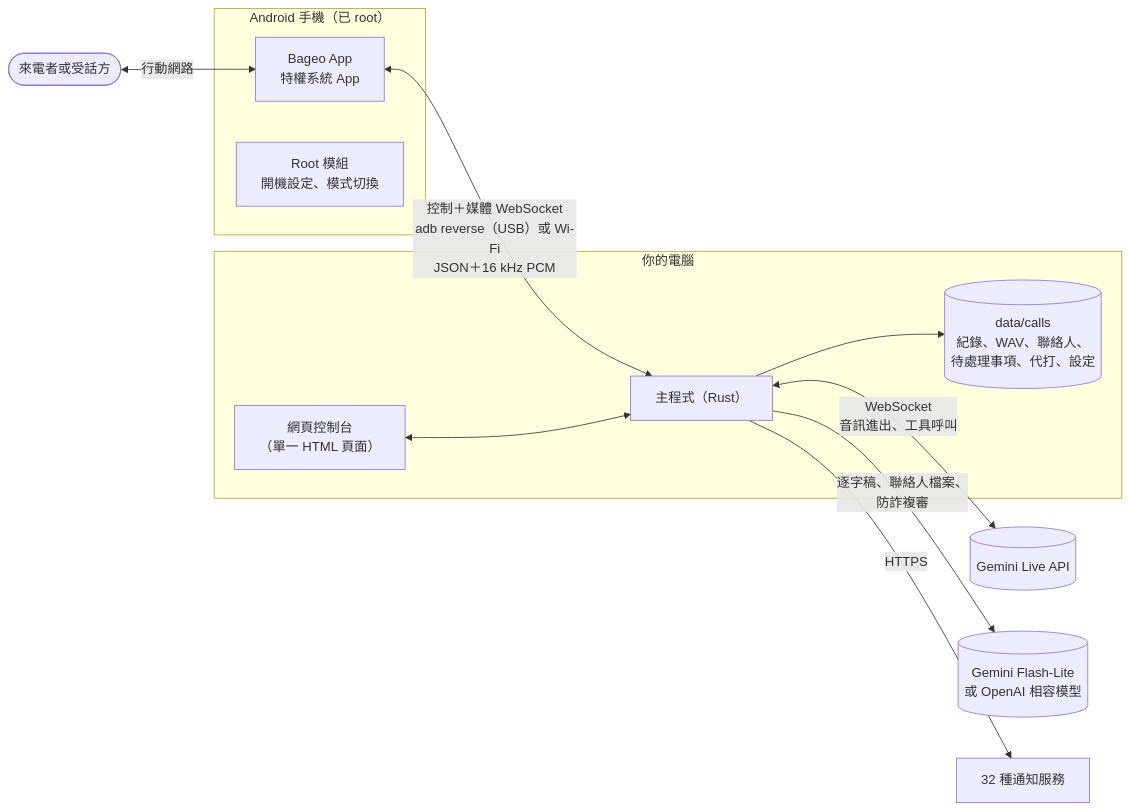
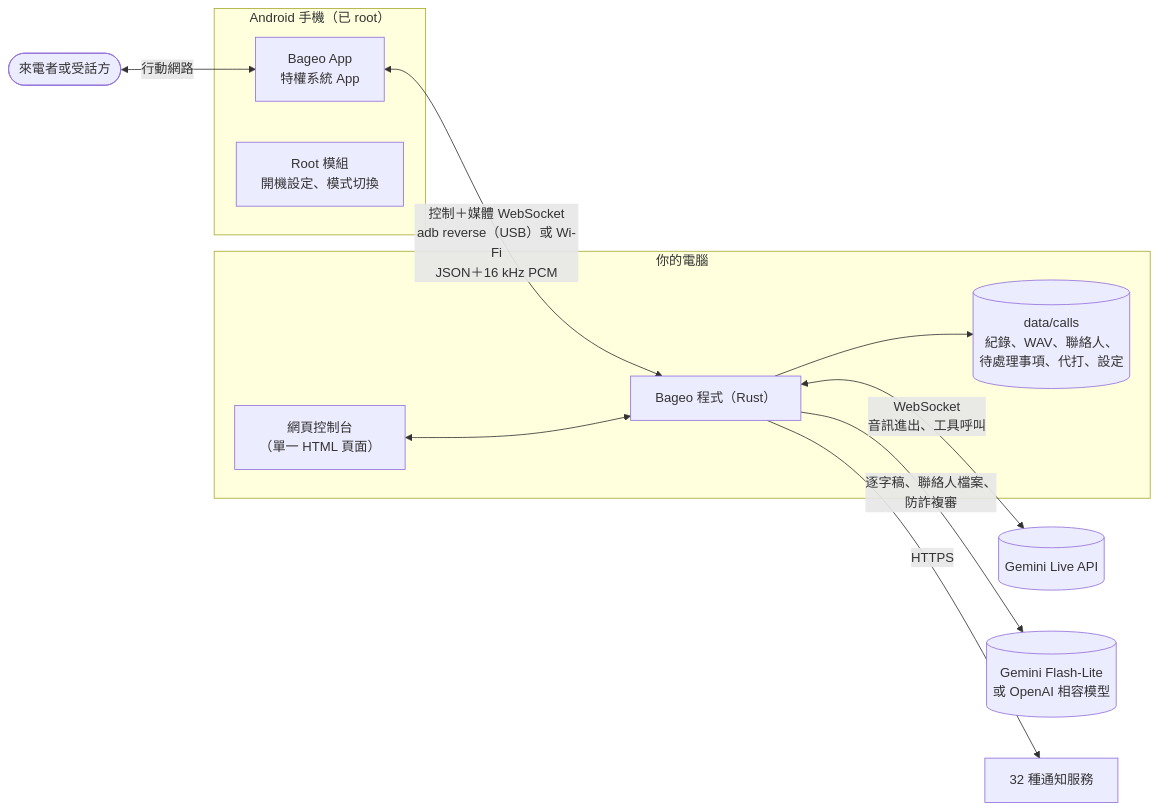
Before and after one commit to h4lo-void/bageo-call: the first of 2 diagrams in docs/zh-TW/ARCHITECTURE.md, drawn with Mermaid. The commit also changed other lines of this file and 35 other files, not shown here.

````diff
--- a/docs/zh-TW/ARCHITECTURE.md
+++ b/docs/zh-TW/ARCHITECTURE.md
@@ -13,19 +13,19 @@
 ```mermaid
 flowchart LR
     subgraph phone["Android 手機（已 root）"]
         app["Bageo App<br/>特權系統 App"]
         module["Root 模組<br/>開機設定、模式切換"]
     end
     subgraph pc["你的電腦"]
-        agent["主程式（Rust）"]
+        agent["Bageo 程式（Rust）"]
         data[("data/calls<br/>紀錄、WAV、聯絡人、<br/>待處理事項、代打、設定")]
         ui["網頁控制台<br/>（單一 HTML 頁面）"]
     end
     other(["來電者或受話方"]) <-- "行動網路" --> app
     app <-- "控制＋媒體 WebSocket<br/>adb reverse（USB）或 Wi-Fi<br/>JSON＋16 kHz PCM" --> agent
     agent <-- "WebSocket<br/>音訊進出、工具呼叫" --> gemini[("Gemini Live API")]
     agent -- "逐字稿、聯絡人檔案、<br/>防詐複審" --> llm[("Gemini Flash-Lite<br/>或 OpenAI 相容模型")]
     agent --> data
     ui <--> agent
     agent -- "HTTPS" --> notify["32 種通知服務"]
 ```
````
